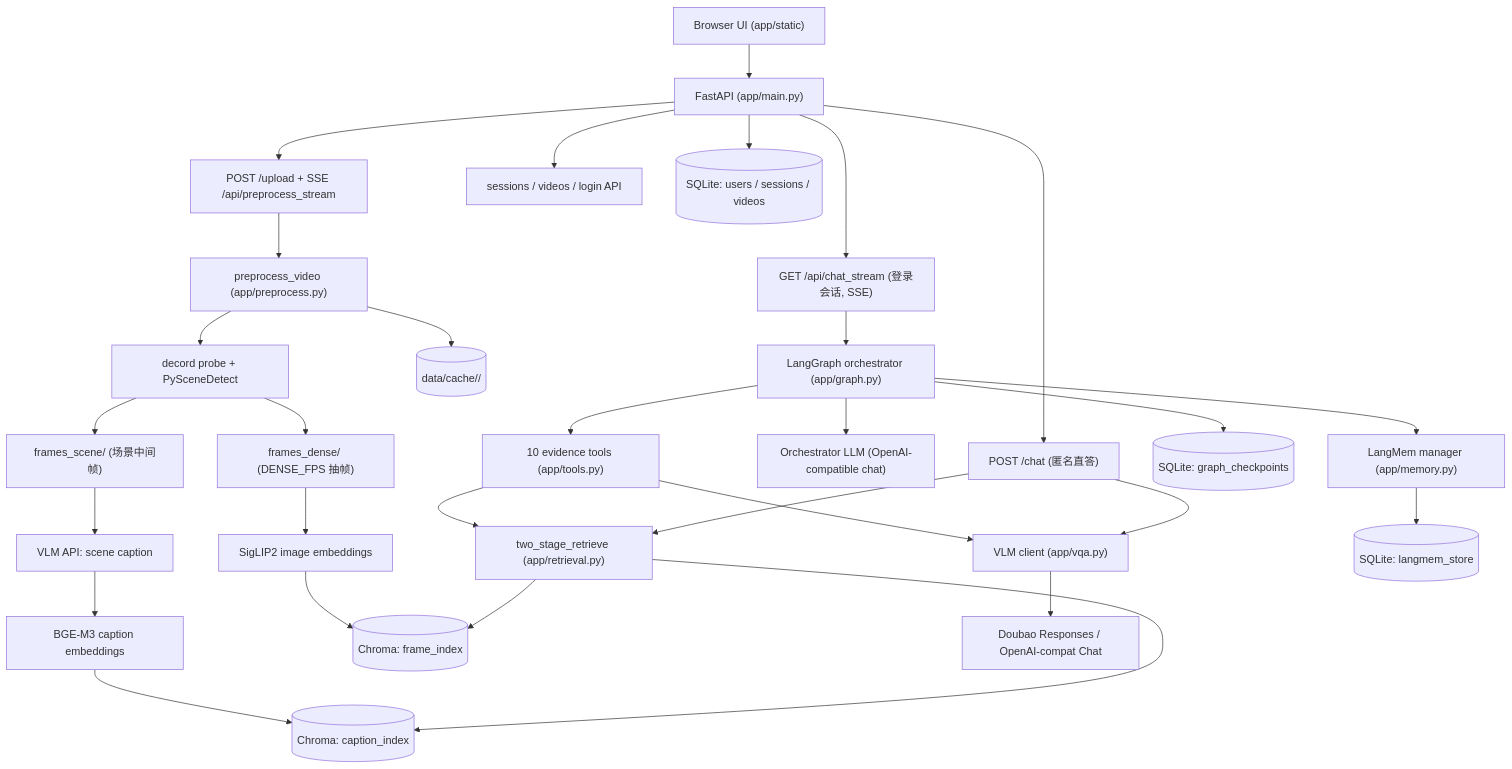
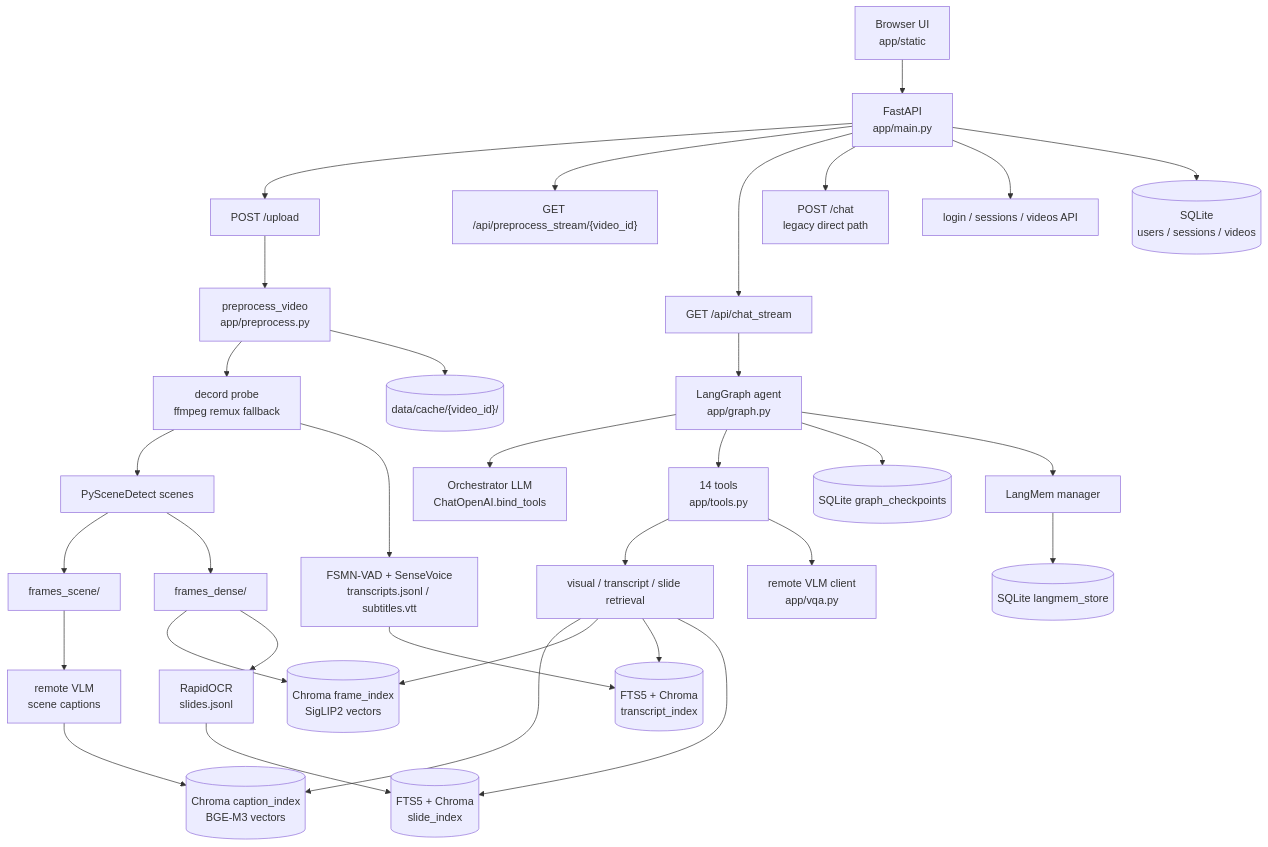
Before and after one commit to MichaelSou1/reading-not-reasoning: the first of 3 diagrams in README.md, drawn with Mermaid. The commit also changed other lines of this file and 9 other files, not shown here.

````diff
--- a/README.md
+++ b/README.md
@@ -50,34 +85,38 @@
 ```mermaid
 flowchart TB
-    UI["Browser UI (app/static)"] --> API["FastAPI (app/main.py)"]
-    API --> UPLOAD["POST /upload + SSE /api/preprocess_stream"]
-    API --> CHAT_STREAM["GET /api/chat_stream (登录会话, SSE)"]
-    API --> CHAT_DIRECT["POST /chat (匿名直答)"]
-    API --> SESSION["sessions / videos / login API"]
-    API --> DB[("SQLite: users / sessions / videos")]
+    UI["Browser UI<br/>app/static"] --> API["FastAPI<br/>app/main.py"]
 
-    UPLOAD --> PRE["preprocess_video (app/preprocess.py)"]
-    PRE --> PROBE["decord probe + PySceneDetect"]
-    PROBE --> SCENE_FRAMES["frames_scene/ (场景中间帧)"]
-    PROBE --> DENSE_FRAMES["frames_dense/ (DENSE_FPS 抽帧)"]
-    SCENE_FRAMES --> CAPTION["VLM API: scene caption"]
-    CAPTION --> BGE_BUILD["BGE-M3 caption embeddings"]
-    DENSE_FRAMES --> SIG_BUILD["SigLIP2 image embeddings"]
-    BGE_BUILD --> CIDX[("Chroma: caption_index")]
-    SIG_BUILD --> FIDX[("Chroma: frame_index")]
-    PRE --> CACHE[("data/cache/<video_id>/")]
+    API --> Upload["POST /upload"]
+    API --> PreSSE["GET /api/preprocess_stream/{video_id}"]
+    API --> ChatSSE["GET /api/chat_stream"]
+    API --> DirectChat["POST /chat<br/>legacy direct path"]
+    API --> SessionAPI["login / sessions / videos API"]
+    API --> DB[("SQLite<br/>users / sessions / videos")]
 
-    CHAT_STREAM --> GRAPH["LangGraph orchestrator (app/graph.py)"]
-    GRAPH --> ORCH_LLM["Orchestrator LLM (OpenAI-compatible chat)"]
-    GRAPH --> TOOLS["10 evidence tools (app/tools.py)"]
-    TOOLS --> RET["two_stage_retrieve (app/retrieval.py)"]
-    RET --> CIDX
-    RET --> FIDX
-    TOOLS --> VQA["VLM client (app/vqa.py)"]
-    VQA --> REMOTE["Doubao Responses / OpenAI-compat Chat"]
-    GRAPH --> CKPT[("SQLite: graph_checkpoints")]
-    GRAPH --> MEM["LangMem manager (app/memory.py)"]
-    MEM --> LM[("SQLite: langmem_store")]
-    CHAT_DIRECT --> RET
-    CHAT_DIRECT --> VQA
+    Upload --> Pre["preprocess_video<br/>app/preprocess.py"]
+    Pre --> Probe["decord probe<br/>ffmpeg remux fallback"]
+    Probe --> Scene["PySceneDetect scenes"]
+    Scene --> SceneFrames["frames_scene/"]
+    Scene --> DenseFrames["frames_dense/"]
+    SceneFrames --> CaptionVLM["remote VLM<br/>scene captions"]
+    CaptionVLM --> CaptionIndex[("Chroma caption_index<br/>BGE-M3 vectors")]
+    DenseFrames --> FrameIndex[("Chroma frame_index<br/>SigLIP2 vectors")]
+    Probe --> ASR["FSMN-VAD + SenseVoice<br/>transcripts.jsonl / subtitles.vtt"]
+    ASR --> TextIndex1[("FTS5 + Chroma<br/>transcript_index")]
+    DenseFrames --> OCR["RapidOCR<br/>slides.jsonl"]
+    OCR --> TextIndex2[("FTS5 + Chroma<br/>slide_index")]
+    Pre --> Cache[("data/cache/{video_id}/")]
+
+    ChatSSE --> Graph["LangGraph agent<br/>app/graph.py"]
+    Graph --> Orch["Orchestrator LLM<br/>ChatOpenAI.bind_tools"]
+    Graph --> Tools["14 tools<br/>app/tools.py"]
+    Tools --> Retrieval["visual / transcript / slide retrieval"]
+    Retrieval --> CaptionIndex
+    Retrieval --> FrameIndex
+    Retrieval --> TextIndex1
+    Retrieval --> TextIndex2
+    Tools --> VQA["remote VLM client<br/>app/vqa.py"]
+    Graph --> CKPT[("SQLite graph_checkpoints")]
+    Graph --> MEM["LangMem manager"]
+    MEM --> MEMDB[("SQLite langmem_store")]
 ```
````
